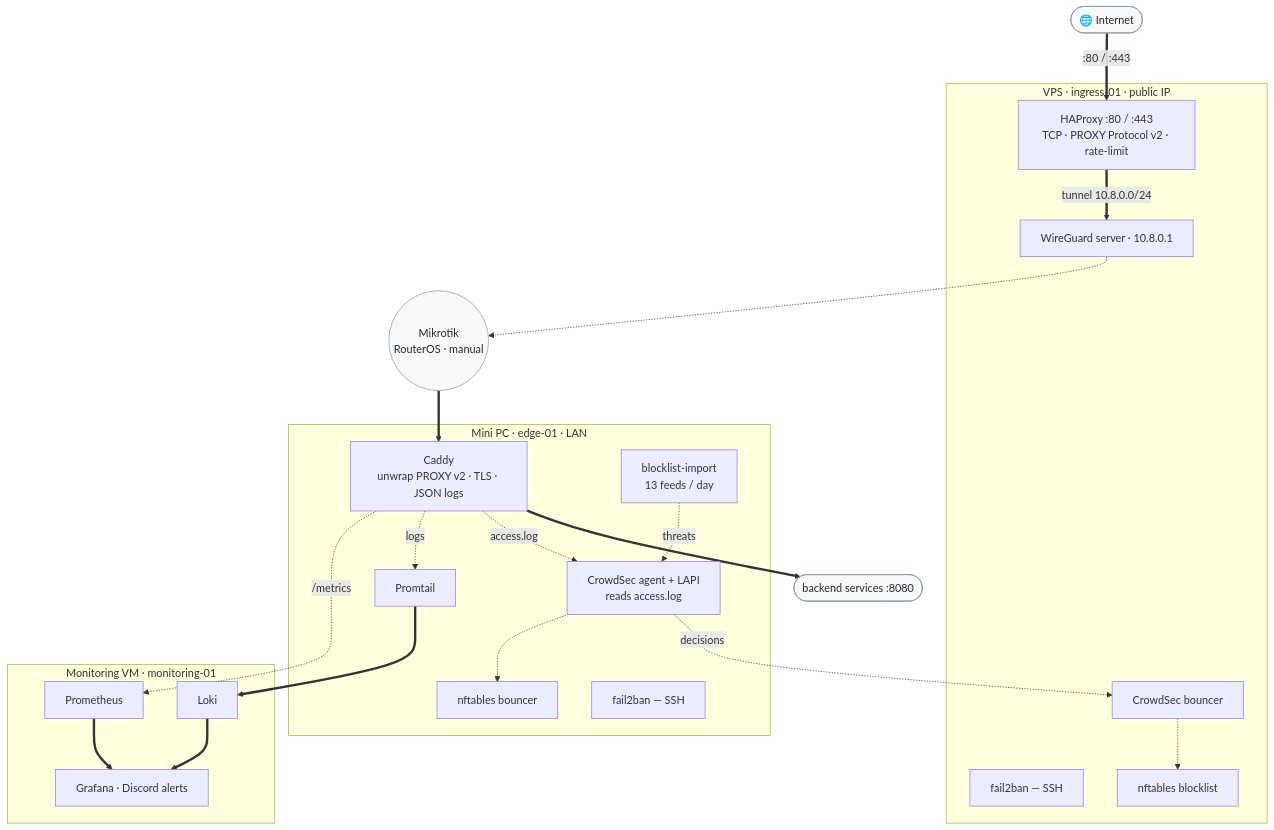
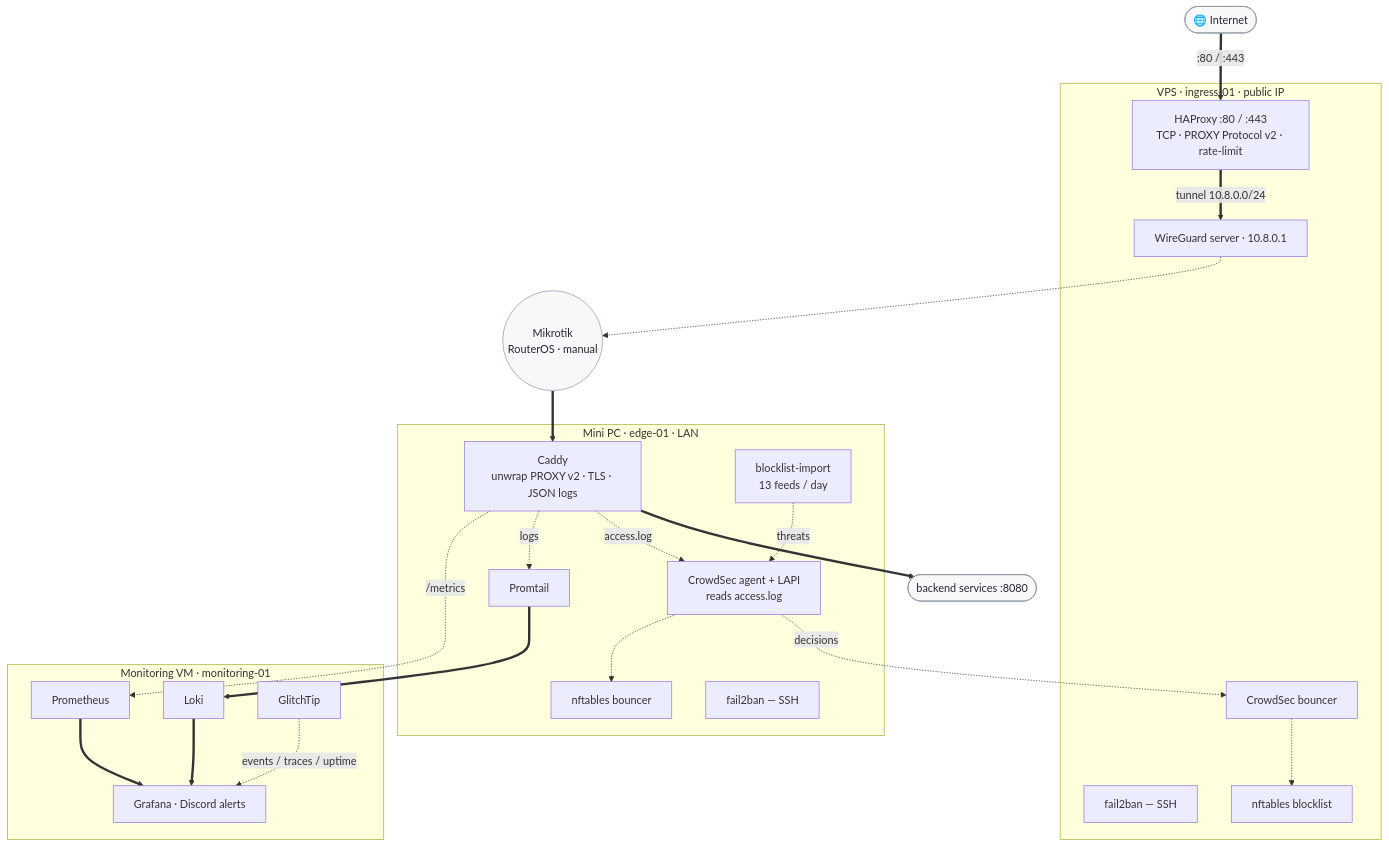
Before and after one commit to Chalvin96/wireguard-setup: the diagram in README.md, drawn with Mermaid. The commit also changed other lines of this file and 4 other files, not shown here.

````diff
--- a/README.md
+++ b/README.md
@@ -18,54 +18,56 @@
 ```mermaid
 flowchart TD
     NET(["🌐 Internet"]):::ext
 
     subgraph VPS["VPS · ingress-01 · public IP"]
         HA["HAProxy :80 / :443<br/>TCP · PROXY Protocol v2 · rate-limit"]
         WG["WireGuard server · 10.8.0.1"]
         F2B1["fail2ban — SSH"]
         CSB["CrowdSec bouncer"]
         BL1["nftables blocklist"]
     end
 
     MIK(("Mikrotik<br/>RouterOS · manual")):::ext
 
     subgraph EDGE["Mini PC · edge-01 · LAN"]
         CAD["Caddy<br/>unwrap PROXY v2 · TLS · JSON logs"]
         CSA["CrowdSec agent + LAPI<br/>reads access.log"]
         BLI["blocklist-import<br/>13 feeds / day"]
         BL2["nftables bouncer"]
         F2B2["fail2ban — SSH"]
         PT["Promtail"]
     end
 
     BACK(["backend services :8080"]):::ext
 
     subgraph MON["Monitoring VM · monitoring-01"]
         LOKI["Loki"]
         PROME["Prometheus"]
         GRAF["Grafana · Discord alerts"]
+        GLT["GlitchTip"]
     end
 
     %% ── data plane ──
     NET ==>|":80 / :443"| HA
     HA ==>|"tunnel 10.8.0.0/24"| WG
     WG -.-> MIK
     MIK ==> CAD
     CAD ==> BACK
 
     %% ── security plane ──
     CAD -.->|"access.log"| CSA
     BLI -.->|"threats"| CSA
     CSA -.->|"decisions"| CSB
     CSB -.-> BL1
     CSA -.-> BL2
 
     %% ── observability plane ──
     CAD -.->|"logs"| PT
     PT ==> LOKI
     CAD -.->|"/metrics"| PROME
     PROME ==> GRAF
     LOKI ==> GRAF
+    GLT -.->|"events / traces / uptime"| GRAF
 
     classDef ext fill:#f6f8fa,stroke:#8c959f,color:#24292f;
 ```
````
